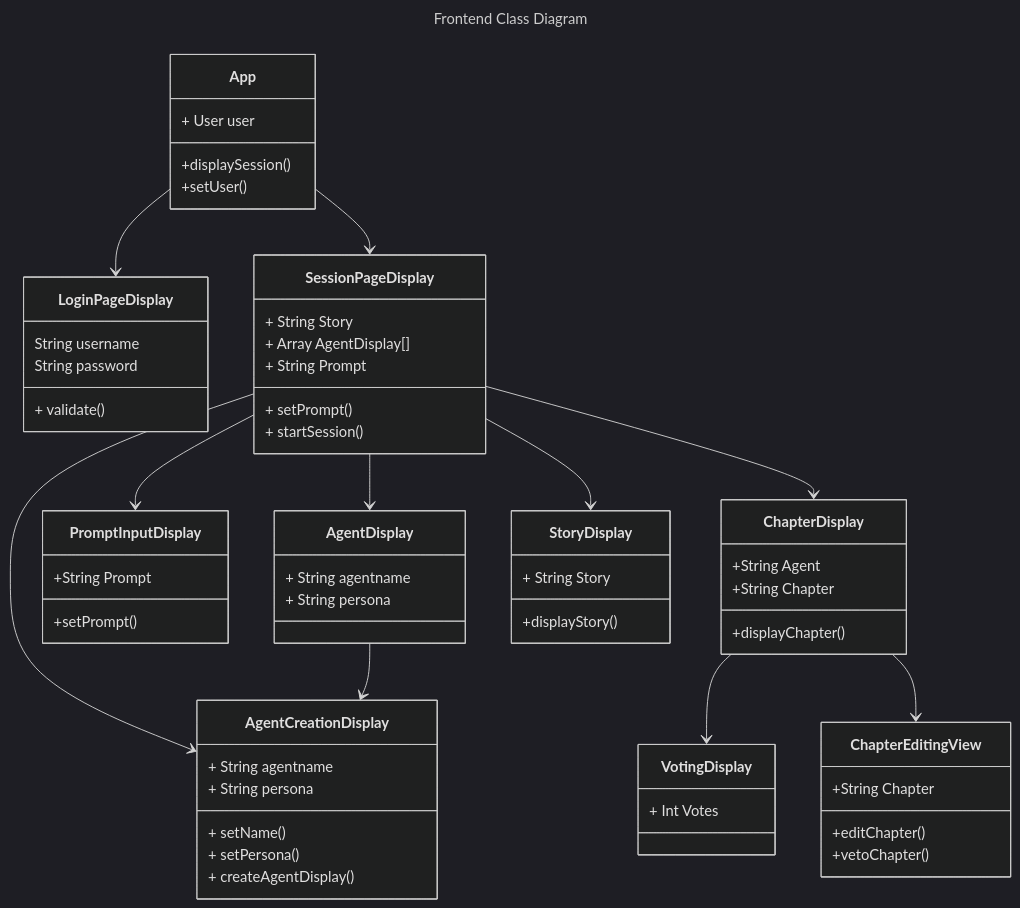
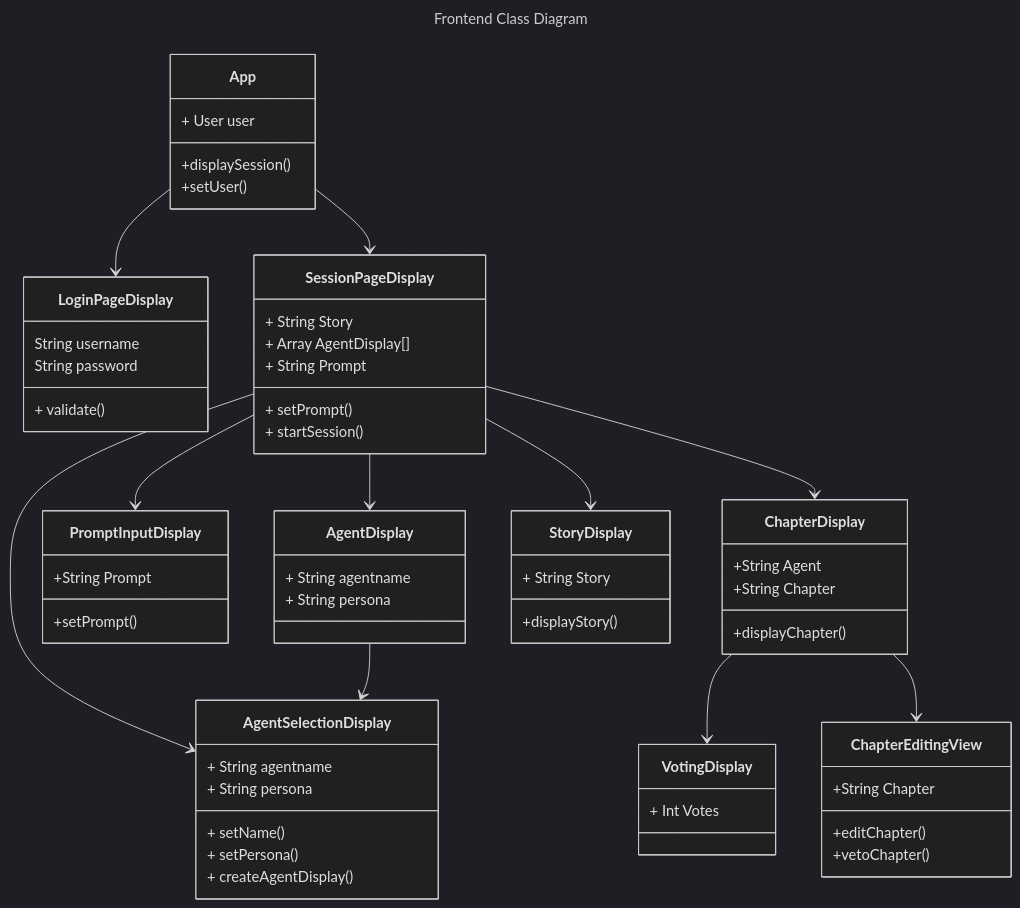
The first of 2 diagrams in documentation/docs/system-architecture/class-diagram.md (emholland/story-builder), drawn with Mermaid (dark theme) before and after one commit. The commit also changed other lines of this file, not shown here.

```diff
--- a/documentation/docs/system-architecture/class-diagram.md
+++ b/documentation/docs/system-architecture/class-diagram.md
@@ -20,9 +20,9 @@
     App --> LoginPageDisplay
     App --> SessionPageDisplay
     SessionPageDisplay --> AgentDisplay
-    SessionPageDisplay --> AgentCreationDisplay
+    SessionPageDisplay --> AgentSelectionDisplay
     SessionPageDisplay --> PromptInputDisplay
-    AgentDisplay --> AgentCreationDisplay
+    AgentDisplay --> AgentSelectionDisplay
     SessionPageDisplay --> ChapterDisplay
     SessionPageDisplay --> StoryDisplay
     ChapterDisplay --> VotingDisplay
@@ -64,7 +64,7 @@
         + String persona
     }
 
-    class AgentCreationDisplay{
+    class AgentSelectionDisplay{
         + String agentname 
         + String persona
 
```
